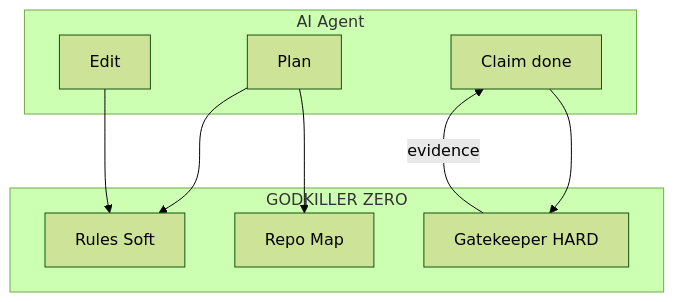
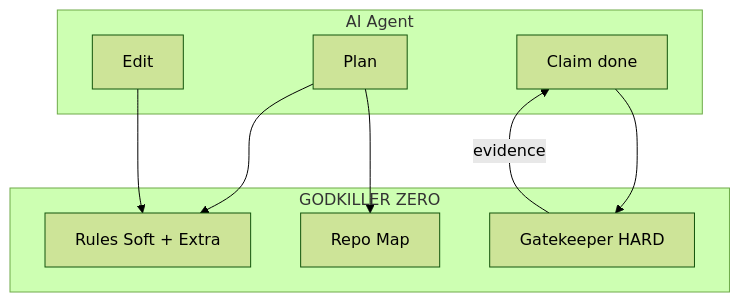
Before and after one commit to taurus42119-stack/GODKILLER-ZERO: the third of 3 diagrams in README.md, drawn with Mermaid (forest theme). The commit also changed other lines of this file, not shown here.

Commit message:
Expand README: pillars, Extra board, field usage signal.

````diff
--- a/README.md
+++ b/README.md
@@ -123,18 +244,18 @@
 ```mermaid
 flowchart TB
   subgraph Agent["AI Agent"]
     P[Plan]
     E[Edit]
     C[Claim done]
   end
   subgraph ZERO["GODKILLER ZERO"]
-    R[Rules Soft]
+    R[Rules Soft + Extra]
     M[Repo Map]
     G[Gatekeeper HARD]
   end
   P --> R
   P --> M
   E --> R
   C --> G
   G -->|evidence| C
 ```
````
